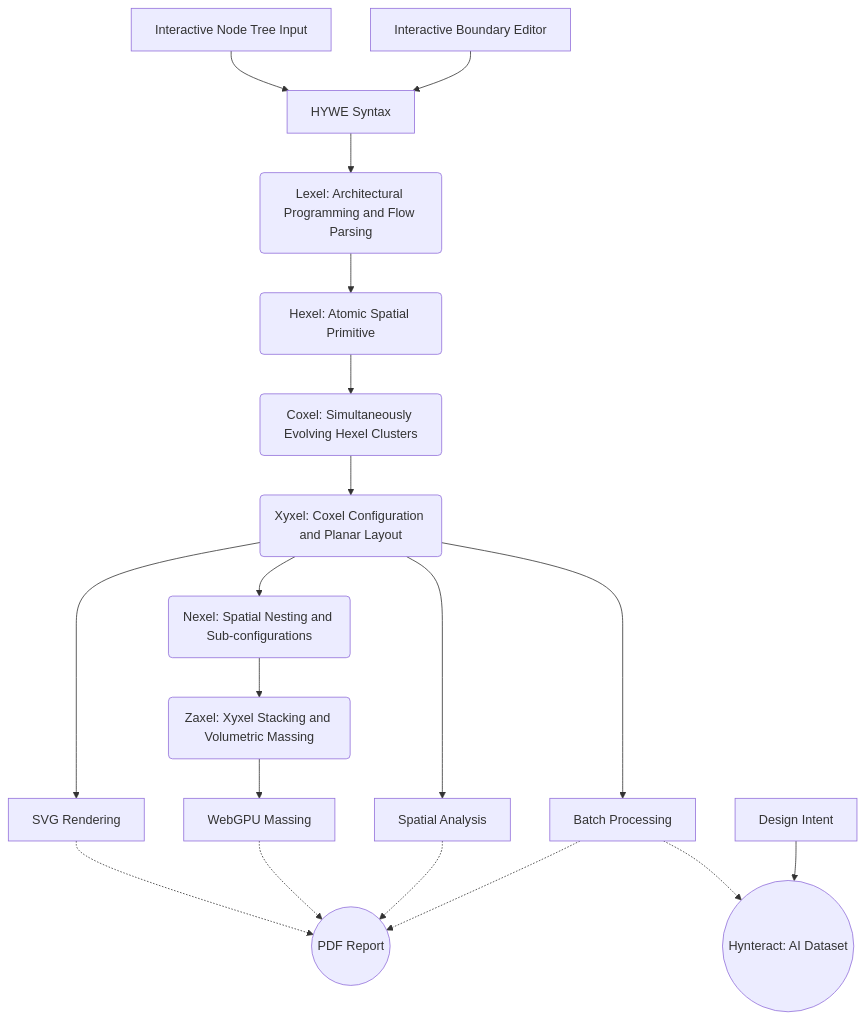
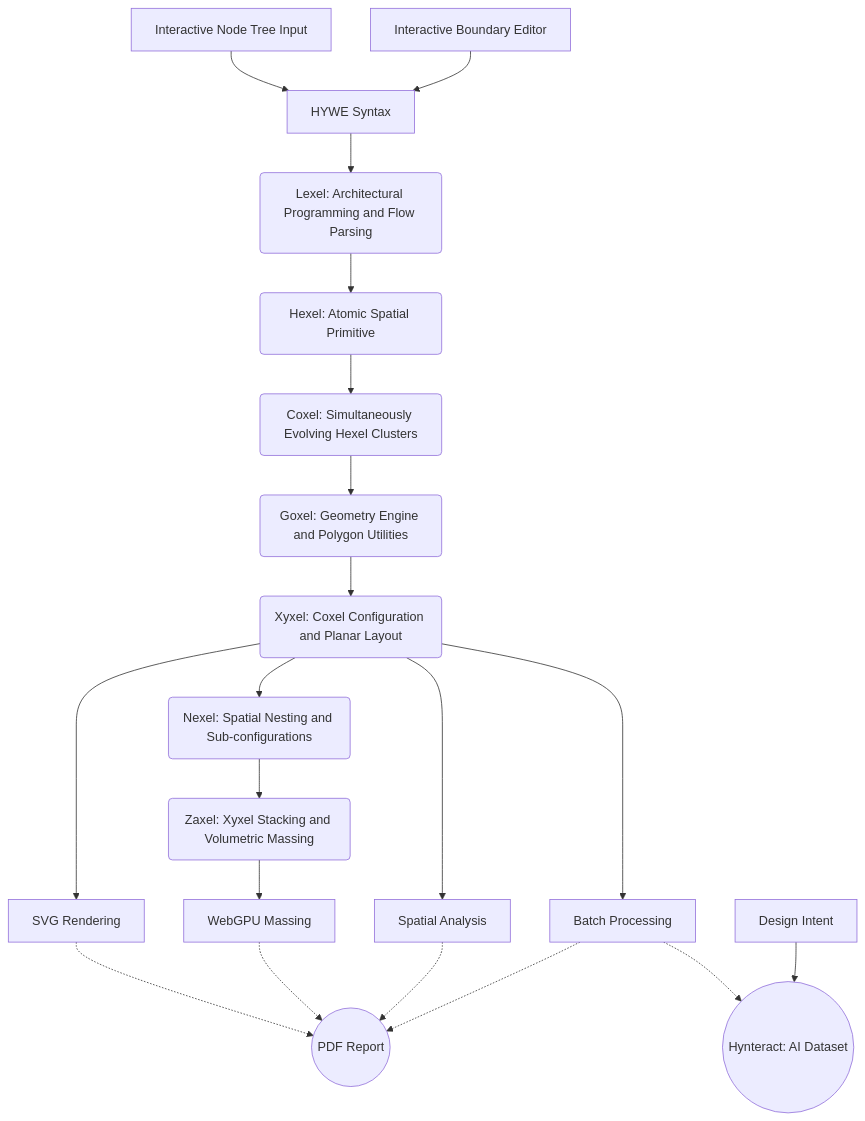
Before and after one commit to vykrum/Hywe: the diagram in README.md, drawn with Mermaid. The commit also changed other lines of this file, not shown here.

Commit message:
docs: add Goxel to core pipeline and architecture in README

````diff
--- a/README.md
+++ b/README.md
@@ -103,25 +104,26 @@
 ```mermaid
 graph TD
     A1[Interactive Node Tree Input] --> B[HYWE Syntax]
     A2[Interactive Boundary Editor] --> B[HYWE Syntax]
     B --> C(Lexel: Architectural Programming and Flow Parsing)
     C --> D(Hexel: Atomic Spatial Primitive)
     D --> E(Coxel: Simultaneously Evolving Hexel Clusters)
-    E --> F(Xyxel: Coxel Configuration and Planar Layout)
+    E --> Gx(Goxel: Geometry Engine and Polygon Utilities)
+    Gx --> F(Xyxel: Coxel Configuration and Planar Layout)
     F --> N(Nexel: Spatial Nesting and Sub-configurations)
     N --> G(Zaxel: Xyxel Stacking and Volumetric Massing)
     
     F --> F1[SVG Rendering]
     G --> G1[WebGPU Massing]
     
     F --> H[Spatial Analysis]
     F --> I[Batch Processing]
     
     F1 -.-> ReportLabel((PDF Report))
     G1 -.-> ReportLabel
     H -.-> ReportLabel
     I -.-> ReportLabel
     
     I -.-> DatasetLabel((Hynteract: AI Dataset))
     DesignIntent[Design Intent] --> DatasetLabel
 ```
````
